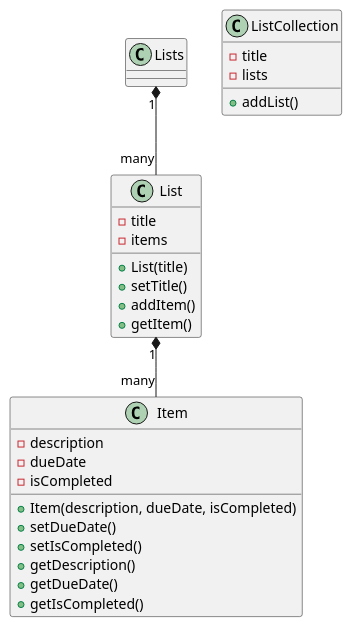
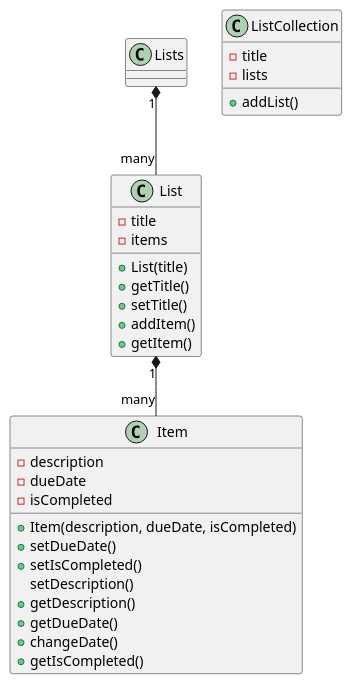
The diagram in src/main/java/ucf/assignments/App.puml (JustinGesek/Gesek-cop3330-assignment4part2), drawn with PlantUML before and after one commit. The commit also changed 6 other files, not shown here.

```diff
--- a/src/main/java/ucf/assignments/App.puml
+++ b/src/main/java/ucf/assignments/App.puml
@@ -1,36 +1,39 @@
 @startuml
 'https://plantuml.com/sequence-diagram
 
 
 class Item
 {
     -description
     -dueDate
     -isCompleted
     +Item(description, dueDate, isCompleted)
     +setDueDate()
     +setIsCompleted()
+    setDescription()
     +getDescription()
     +getDueDate()
+    +changeDate()
     +getIsCompleted()
 }
 class List
 {
     -title
     -items
     +List(title)
+    +getTitle()
     +setTitle()
     +addItem()
     +getItem()
 }
 class ListCollection
 {
      -title
      -lists
      +addList()
 
 }
 Lists "1" *-- "many" List
 List "1" *-- "many" Item
 
 @enduml
```
